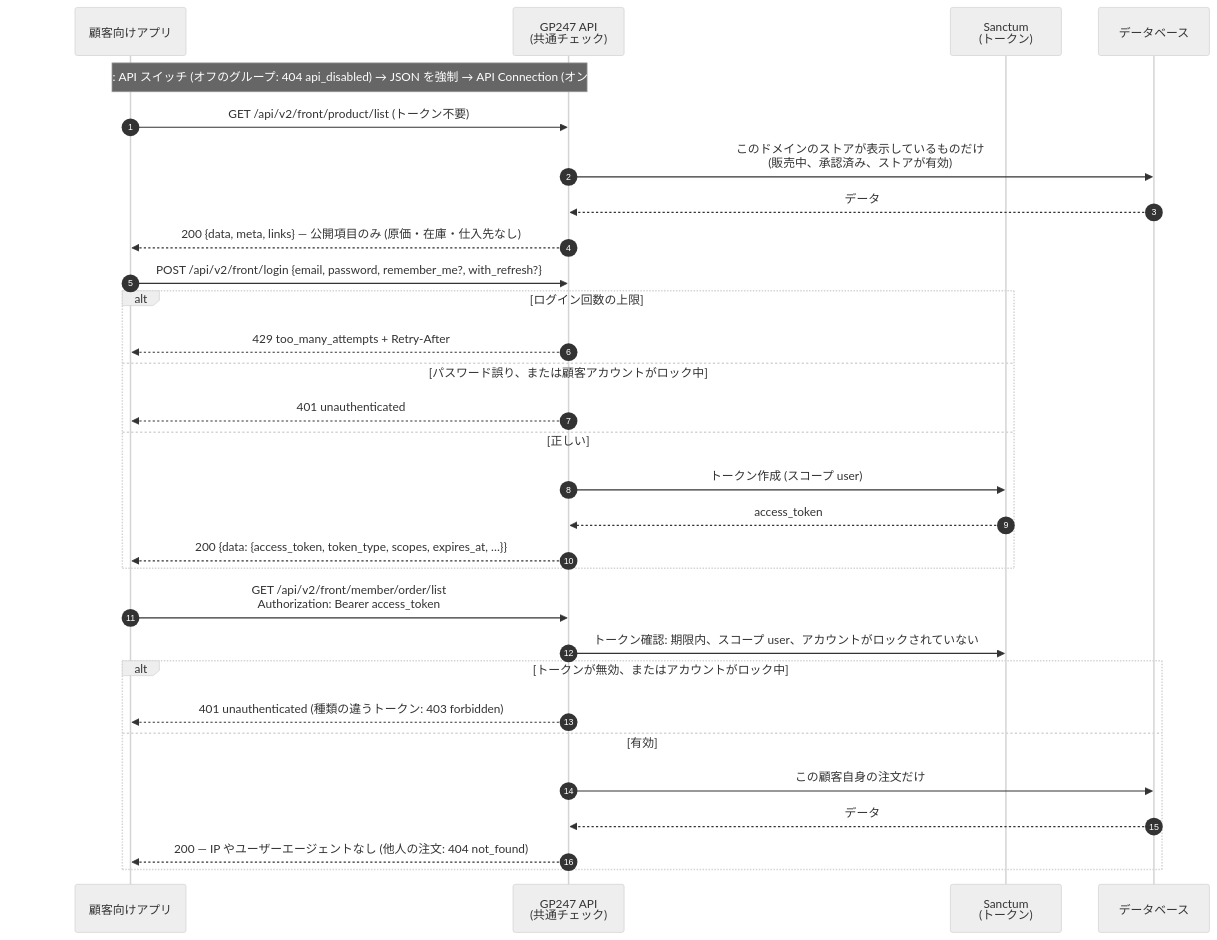
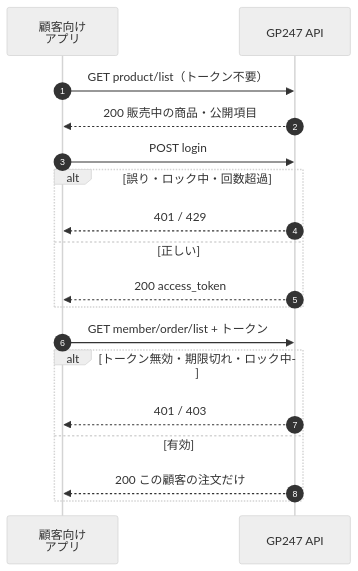
One commit to gp247net/gp247-docs changed the first of 5 diagrams in api/api-storefront_ja.md. Above: the diagram before and after it, drawn with Mermaid (neutral theme). The commit also changed other lines of this file and 44 other files, not shown here.

First line of the commit message:
docs: redraw oversized diagrams in security, API and MCP docs (vi/en/ja)

````diff
--- a/api/api-storefront_ja.md
+++ b/api/api-storefront_ja.md
@@ -20,32 +21,20 @@
 ```mermaid
 sequenceDiagram
     autonumber
-    participant K as 顧客向けアプリ
-    participant M as GP247 API<br/>(共通チェック)
-    participant S as Sanctum<br/>(トークン)
-    participant D as データベース
-    Note over K,M: すべてのリクエスト: API スイッチ (オフのグループ: 404 api_disabled) → JSON を強制 → API Connection (オンの場合) → 回数制限
-    K->>M: GET /api/v2/front/product/list (トークン不要)
-    M->>D: このドメインのストアが表示しているものだけ<br/>(販売中、承認済み、ストアが有効)
-    D-->>M: データ
-    M-->>K: 200 {data, meta, links} — 公開項目のみ (原価・在庫・仕入先なし)
-    K->>M: POST /api/v2/front/login {email, password, remember_me?, with_refresh?}
-    alt ログイン回数の上限
-        M-->>K: 429 too_many_attempts + Retry-After
-    else パスワード誤り、または顧客アカウントがロック中
-        M-->>K: 401 unauthenticated
+    participant K as 顧客向け<br/>アプリ
+    participant M as GP247 API
+    K->>M: GET product/list（トークン不要）
+    M-->>K: 200 販売中の商品・公開項目
+    K->>M: POST login
+    alt 誤り・ロック中・回数超過
+        M-->>K: 401 / 429
     else 正しい
-        M->>S: トークン作成 (スコープ user)
-        S-->>M: access_token
-        M-->>K: 200 {data: {access_token, token_type, scopes, expires_at, …}}
+        M-->>K: 200 access_token
     end
-    K->>M: GET /api/v2/front/member/order/list<br/>Authorization: Bearer access_token
-    M->>S: トークン確認: 期限内、スコープ user、アカウントがロックされていない
-    alt トークンが無効、またはアカウントがロック中
-        M-->>K: 401 unauthenticated (種類の違うトークン: 403 forbidden)
+    K->>M: GET member/order/list + トークン
+    alt トークン無効・期限切れ・ロック中
+        M-->>K: 401 / 403
     else 有効
-        M->>D: この顧客自身の注文だけ
-        D-->>M: データ
-        M-->>K: 200 — IP やユーザーエージェントなし (他人の注文: 404 not_found)
+        M-->>K: 200 この顧客の注文だけ
     end
 ```
````
